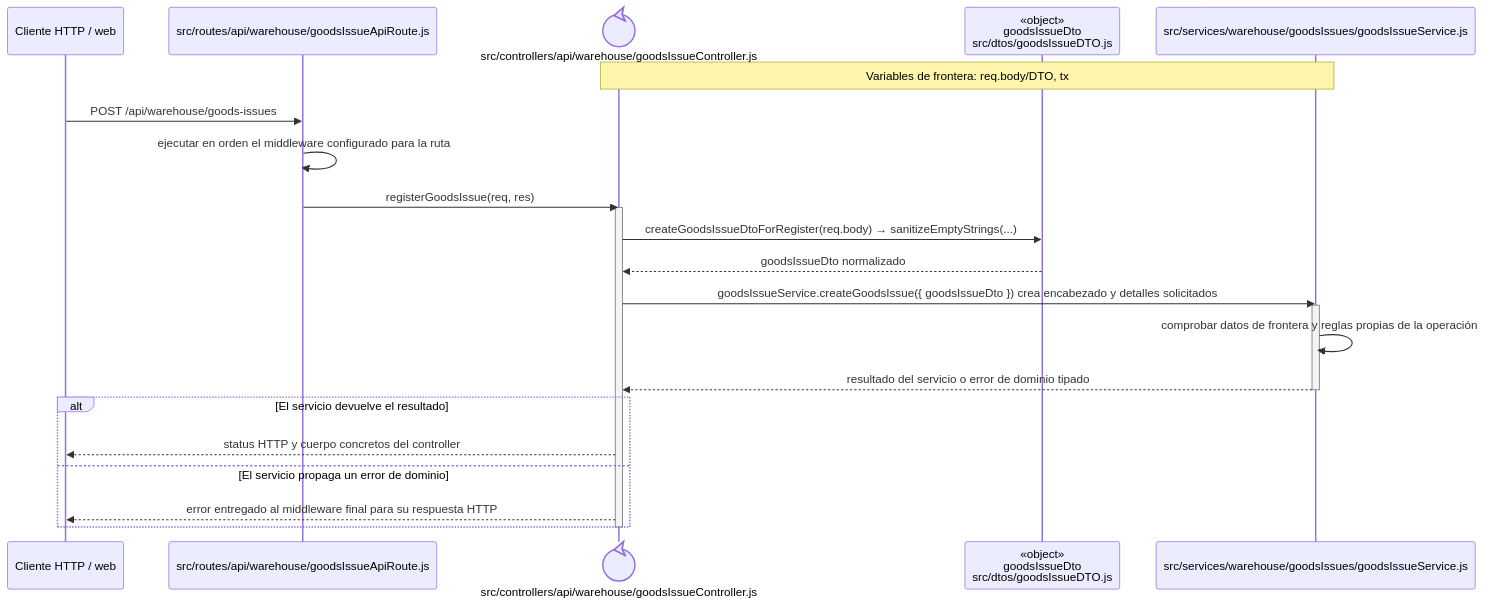
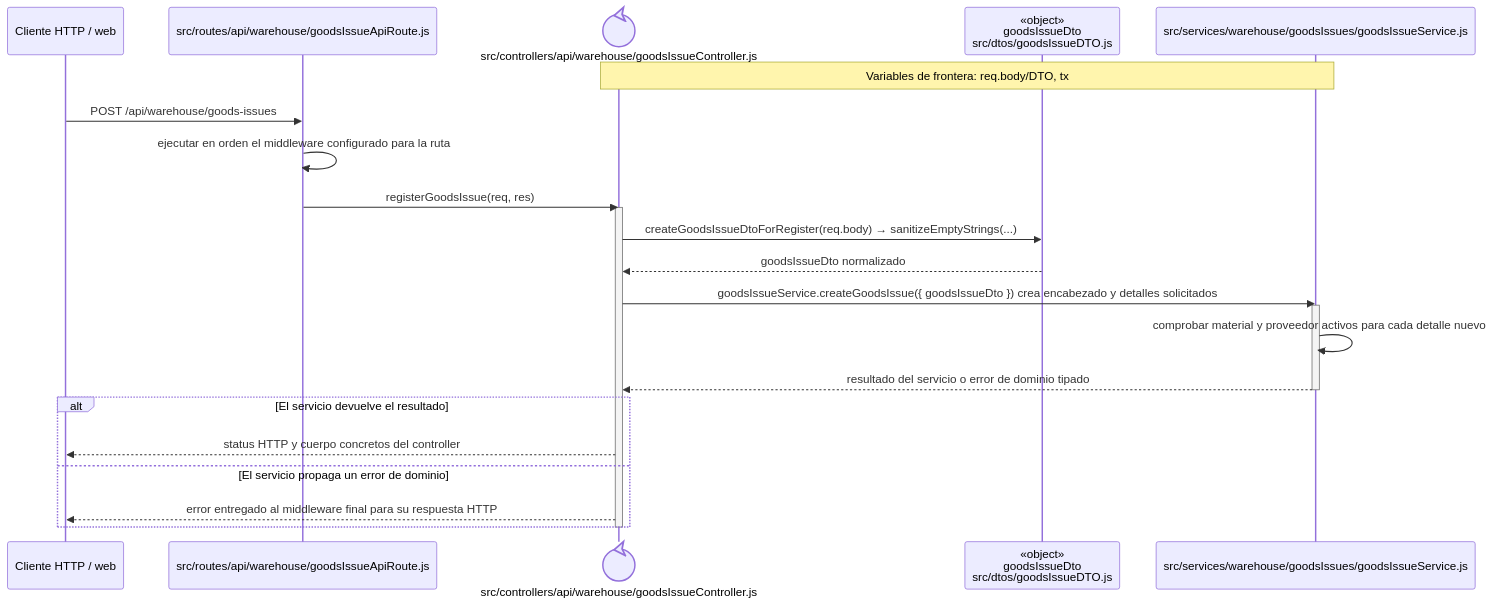
One commit to gpgsistemas01/nexus changed the second of 12 diagrams in docs/architecture/backend-code-sequences/issues.md. Above: the diagram before and after it, drawn with Mermaid. The commit also changed other lines of this file and 35 other files, not shown here.

````diff
--- a/docs/architecture/backend-code-sequences/issues.md
+++ b/docs/architecture/backend-code-sequences/issues.md
@@ -38,27 +38,27 @@
 ```mermaid
 sequenceDiagram
     participant Client as Cliente HTTP / web
     participant Route as src/routes/api/warehouse/goodsIssueApiRoute.js
     participant Controller@{ "type": "control" } as src/controllers/api/warehouse/goodsIssueController.js
     participant IssueDto as «object»<br/>goodsIssueDto<br/>src/dtos/goodsIssueDTO.js
     participant Domain as src/services/warehouse/goodsIssues/goodsIssueService.js
     Note over Controller,Domain: Variables de frontera: req.body/DTO, tx
 
     Client->>Route: POST /api/warehouse/goods-issues
     Route->>Route: ejecutar en orden el middleware configurado para la ruta
     Route->>Controller: registerGoodsIssue(req, res)
     activate Controller
     Controller->>IssueDto: createGoodsIssueDtoForRegister(req.body) → sanitizeEmptyStrings(...)
     IssueDto-->>Controller: goodsIssueDto normalizado
     Controller->>Domain: goodsIssueService.createGoodsIssue({ goodsIssueDto }) crea encabezado y detalles solicitados
     activate Domain
-    Domain->>Domain: comprobar datos de frontera y reglas propias de la operación
+    Domain->>Domain: comprobar material y proveedor activos para cada detalle nuevo
     Domain-->>Controller: resultado del servicio o error de dominio tipado
     deactivate Domain
     alt El servicio devuelve el resultado
         Controller-->>Client: status HTTP y cuerpo concretos del controller
     else El servicio propaga un error de dominio
         Controller-->>Client: error entregado al middleware final para su respuesta HTTP
     end
     deactivate Controller
 ```
````
